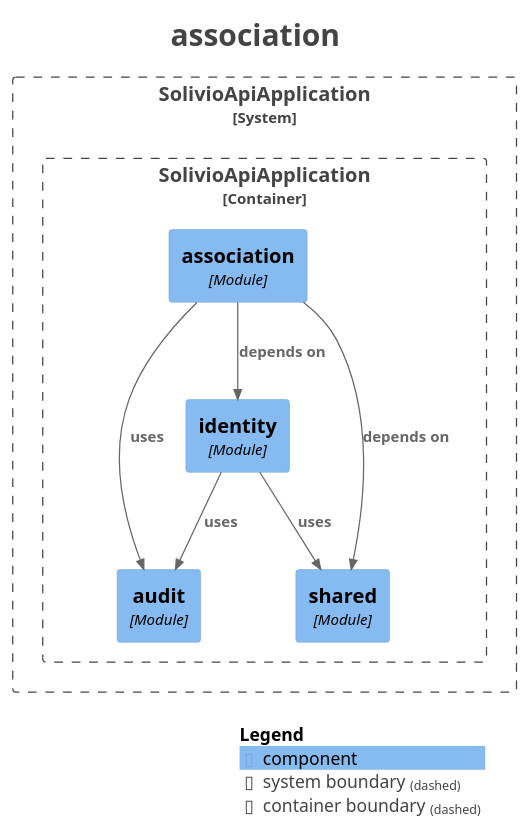
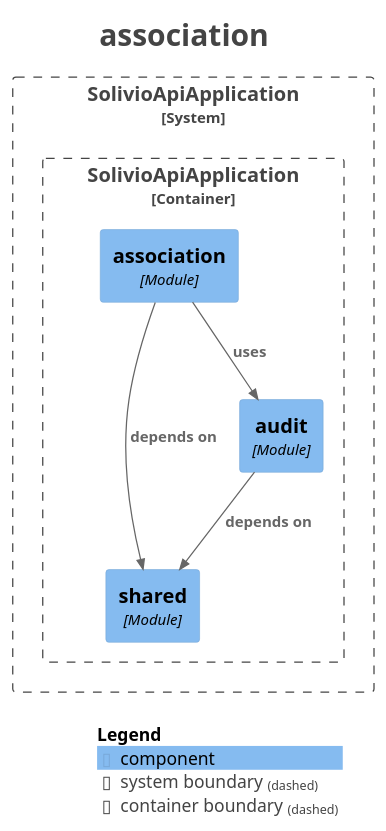
Before and after one commit to Joello61/solivio: the diagram in docs/modules/module-association.puml, drawn with PlantUML. The commit also changed 40 other files, not shown here.

```diff
--- a/docs/modules/module-association.puml
+++ b/docs/modules/module-association.puml
@@ -1,36 +1,33 @@
 @startuml
 title <size:24>association</size>
 
 set separator none
 top to bottom direction
 
 <style>
   root {
     BackgroundColor: #ffffff
     FontColor: #444444
   }
 </style>
 
 !include <C4/C4>
 !include <C4/C4_Context>
 !include <C4/C4_Component>
 
 System_Boundary("SolivioApiApplication_boundary", "SolivioApiApplication", $tags="") {
   Container_Boundary("SolivioApiApplication.SolivioApiApplication_boundary", "SolivioApiApplication", $tags="") {
+    Component(SolivioApiApplication.SolivioApiApplication.shared, "shared", $techn="Module", $descr="", $tags="", $link="")
     Component(SolivioApiApplication.SolivioApiApplication.audit, "audit", $techn="Module", $descr="", $tags="", $link="")
-    Component(SolivioApiApplication.SolivioApiApplication.shared, "shared", $techn="Module", $descr="", $tags="", $link="")
-    Component(SolivioApiApplication.SolivioApiApplication.identity, "identity", $techn="Module", $descr="", $tags="", $link="")
     Component(SolivioApiApplication.SolivioApiApplication.association, "association", $techn="Module", $descr="", $tags="", $link="")
   }
 
 }
 
-Rel(SolivioApiApplication.SolivioApiApplication.identity, SolivioApiApplication.SolivioApiApplication.shared, "uses", $techn="", $tags="", $link="")
-Rel(SolivioApiApplication.SolivioApiApplication.identity, SolivioApiApplication.SolivioApiApplication.audit, "uses", $techn="", $tags="", $link="")
+Rel(SolivioApiApplication.SolivioApiApplication.audit, SolivioApiApplication.SolivioApiApplication.shared, "depends on", $techn="", $tags="", $link="")
 Rel(SolivioApiApplication.SolivioApiApplication.association, SolivioApiApplication.SolivioApiApplication.shared, "depends on", $techn="", $tags="", $link="")
-Rel(SolivioApiApplication.SolivioApiApplication.association, SolivioApiApplication.SolivioApiApplication.identity, "depends on", $techn="", $tags="", $link="")
 Rel(SolivioApiApplication.SolivioApiApplication.association, SolivioApiApplication.SolivioApiApplication.audit, "uses", $techn="", $tags="", $link="")
 
 SHOW_LEGEND(true)
 hide stereotypes
 @enduml
```
